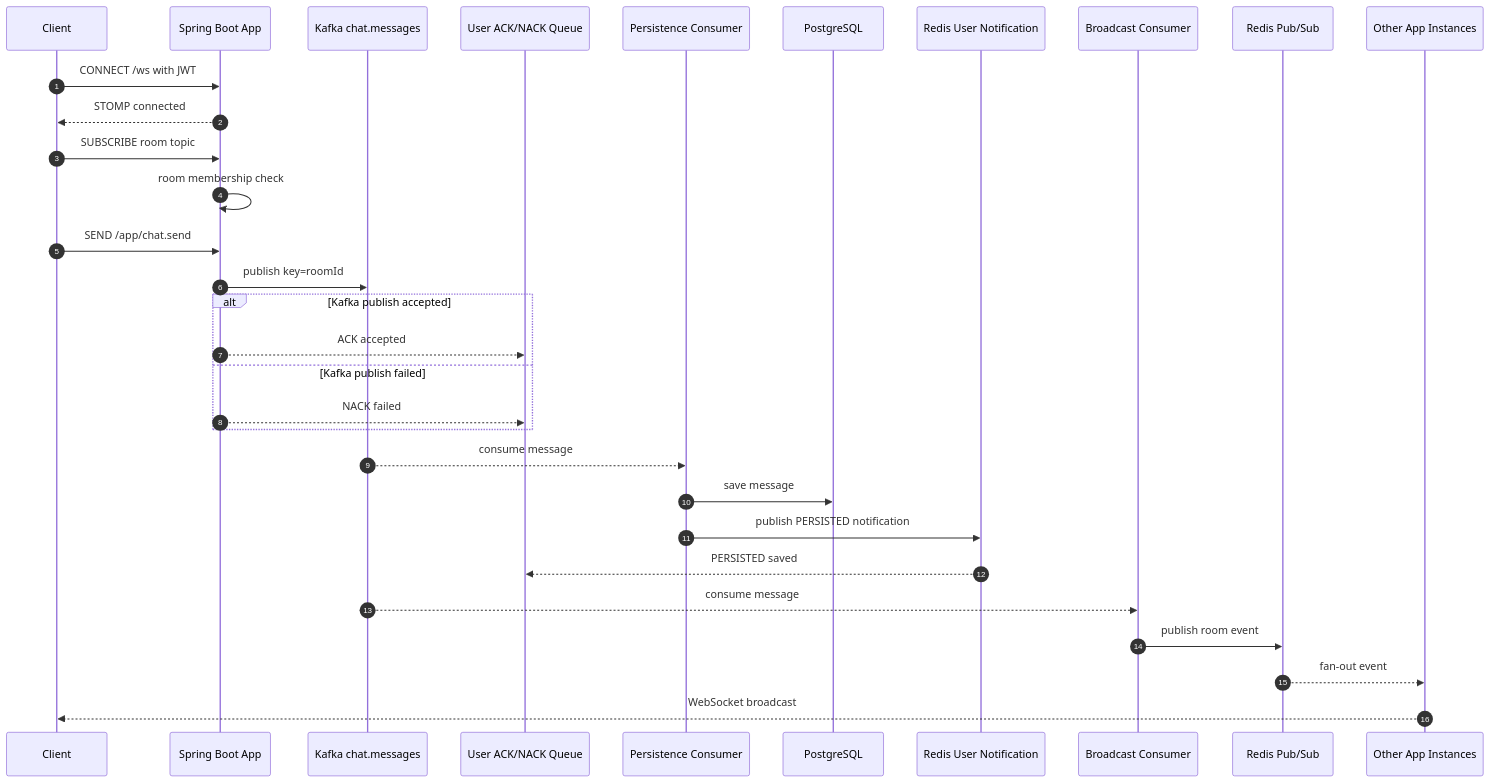
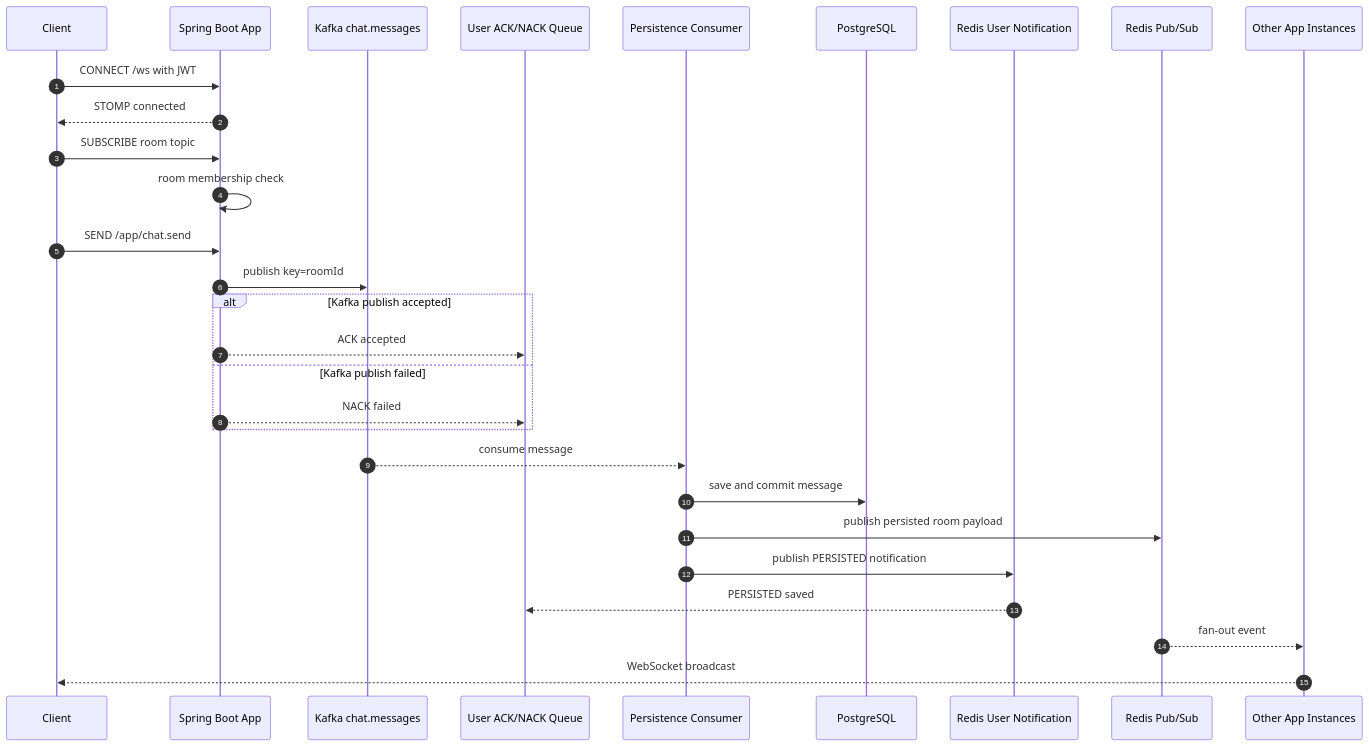
One commit to sjh9714/realtime-chat changed the first of 2 diagrams in docs/DESIGN.md. Above: the diagram before and after it, drawn with Mermaid. The commit also changed other lines of this file and 107 other files, not shown here.

Commit message:
Build a durable realtime chat product flow (#22)

````diff
--- a/docs/DESIGN.md
+++ b/docs/DESIGN.md
@@ -68,34 +68,32 @@
 ```mermaid
 sequenceDiagram
     autonumber
     participant Client
     participant App as Spring Boot App
     participant Kafka as Kafka chat.messages
     participant UserQueue as User ACK/NACK Queue
     participant Persist as Persistence Consumer
     participant DB as PostgreSQL
     participant UserNotify as Redis User Notification
-    participant Broadcast as Broadcast Consumer
     participant Redis as Redis Pub/Sub
     participant OtherApp as Other App Instances
 
     Client->>App: CONNECT /ws with JWT
     App-->>Client: STOMP connected
     Client->>App: SUBSCRIBE room topic
     App->>App: room membership check
     Client->>App: SEND /app/chat.send
     App->>Kafka: publish key=roomId
     alt Kafka publish accepted
         App-->>UserQueue: ACK accepted
     else Kafka publish failed
         App-->>UserQueue: NACK failed
     end
     Kafka-->>Persist: consume message
-    Persist->>DB: save message
+    Persist->>DB: save and commit message
+    Persist->>Redis: publish persisted room payload
     Persist->>UserNotify: publish PERSISTED notification
     UserNotify-->>UserQueue: PERSISTED saved
-    Kafka-->>Broadcast: consume message
-    Broadcast->>Redis: publish room event
     Redis-->>OtherApp: fan-out event
     OtherApp-->>Client: WebSocket broadcast
 ```
````
